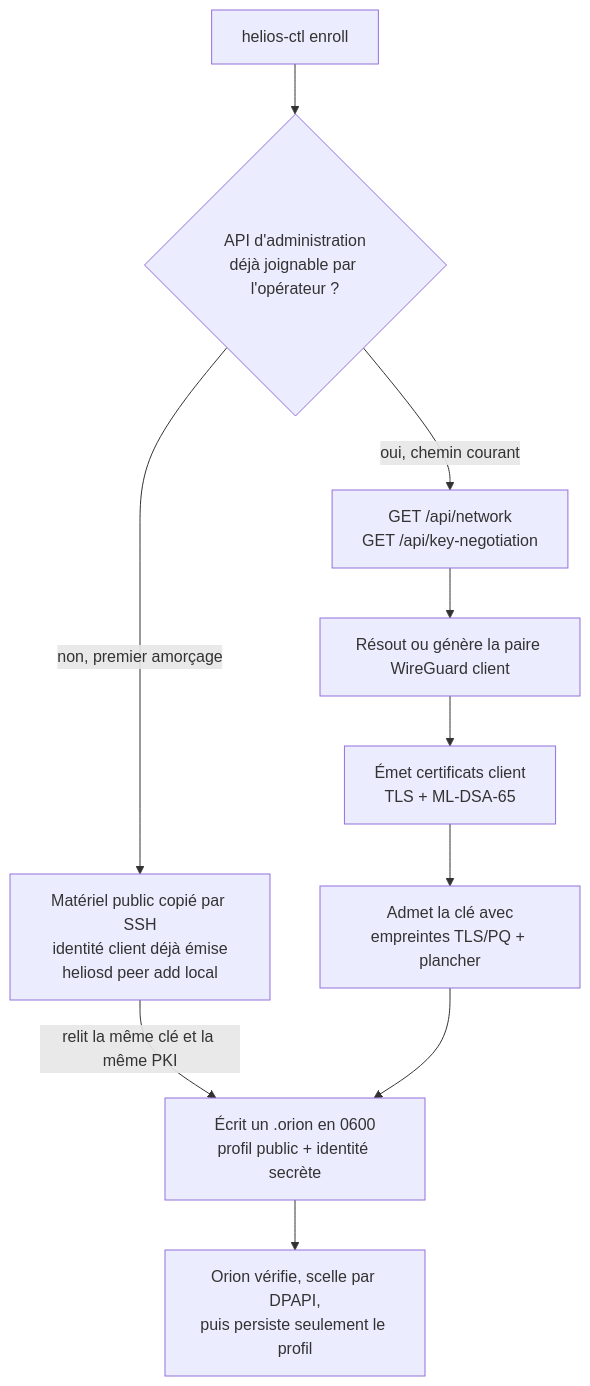
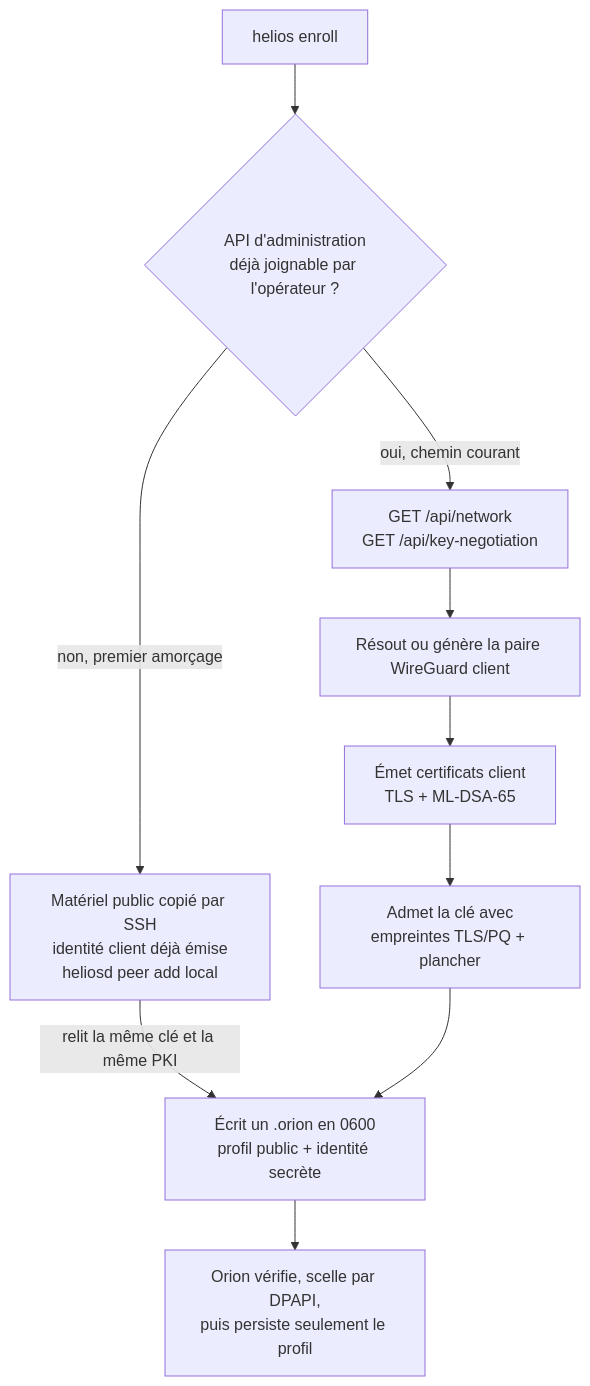
The fourth of 4 diagrams in docs/adr/ADR-005-NEGOCIATION-DE-CLE.md (atxme/helios), drawn with Mermaid before and after one commit. The commit also changed other lines of this file and 71 other files, not shown here.

First line of the commit message:
refactor: rename helios-ctl to helios and release it as 1.0.0

````diff
--- a/docs/adr/ADR-005-NEGOCIATION-DE-CLE.md
+++ b/docs/adr/ADR-005-NEGOCIATION-DE-CLE.md
@@ -512,22 +512,22 @@
 ```mermaid
 flowchart TD
-    Start["helios-ctl enroll"]
+    Start["helios enroll"]
     Online{"API d'administration<br/>déjà joignable par l'opérateur ?"}
     Api["GET /api/network<br/>GET /api/key-negotiation"]
     Offline["Matériel public copié par SSH<br/>identité client déjà émise<br/>heliosd peer add local"]
     Keys["Résout ou génère la paire WireGuard client"]
     Certs["Émet certificats client<br/>TLS + ML-DSA-65"]
     Admit["Admet la clé avec<br/>empreintes TLS/PQ + plancher"]
     Doc["Écrit un .orion en 0600<br/>profil public + identité secrète"]
     Import["Orion vérifie, scelle par DPAPI,<br/>puis persiste seulement le profil"]
 
     Start --> Online
     Online -->|oui, chemin courant| Api
     Online -->|non, premier amorçage| Offline
     Api --> Keys
     Keys --> Certs
     Certs --> Admit
     Offline -->|"relit la même clé et la même PKI"| Doc
     Admit --> Doc
     Doc --> Import
 ```
````
